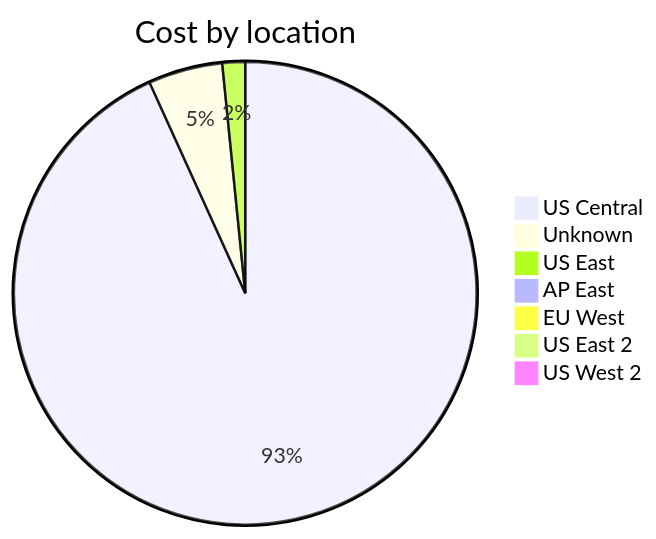
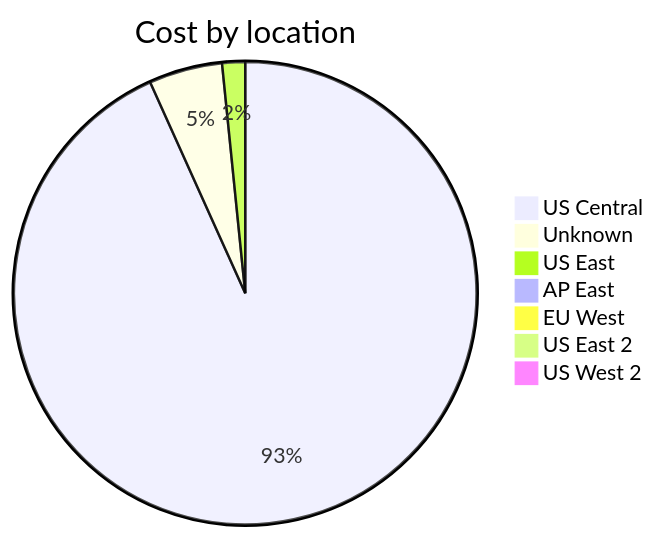
Before and after one commit to jpfulton/azure-personal-reports: the third of 4 diagrams in cost-reports/accumulated-cost.md, drawn with Mermaid. The commit also changed other lines of this file and 4 other files, not shown here.

````diff
--- a/cost-reports/accumulated-cost.md
+++ b/cost-reports/accumulated-cost.md
@@ -121,11 +121,11 @@
 ```mermaid
 pie
    title Cost by location
-   "US Central" : 11.13
-   "Unknown" : 0.62
-   "US East" : 0.19
+   "US Central" : 11.63
+   "Unknown" : 0.64
+   "US East" : 0.20
    "AP East" : 0.00
    "EU West" : 0.00
    "US East 2" : 0.00
    "US West 2" : 0.00
 ```
````
